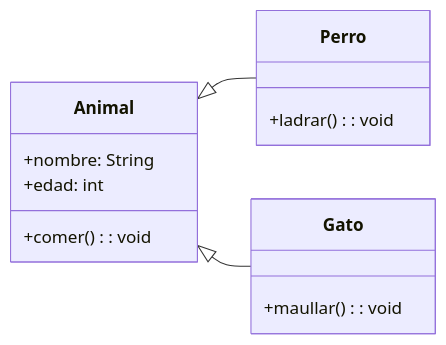
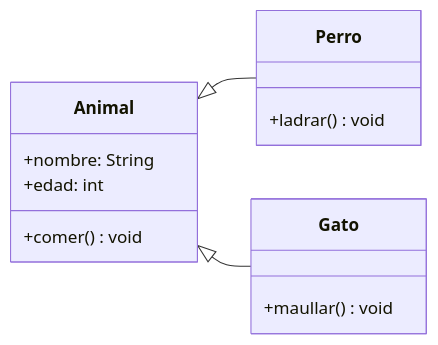
One commit to danielmartinan/entornos_desarrollo_2024-25 changed diagram 12 of 28 in UD4 - Introducción a POO, diagramas UML y diagramas de clases/ud04_2_notacion_uml_diagramas_clases.md. Above: the diagram before and after it, drawn with Mermaid. The commit also changed other lines of this file and 2 other files, not shown here.

Commit message:
Movido pasos para crear un diagrama de clases a partir de la definición del problema de ud04_3 a ud04_2

````diff
--- a/UD4 - Introducción a POO, diagramas UML y diagramas de clases/ud04_2_notacion_uml_diagramas_clases.md
+++ b/UD4 - Introducción a POO, diagramas UML y diagramas de clases/ud04_2_notacion_uml_diagramas_clases.md
@@ -394,20 +408,20 @@
 ```mermaid
 classDiagram
     direction LR
     class Animal {
         +nombre: String
         +edad: int
-        +comer(): void
+        +comer() void
     }
 
     class Perro {
-        +ladrar(): void
+        +ladrar() void
     }
 
     class Gato {
-        +maullar(): void
+        +maullar() void
     }
 
     Animal <|-- Perro
     Animal <|-- Gato
 ```
````
